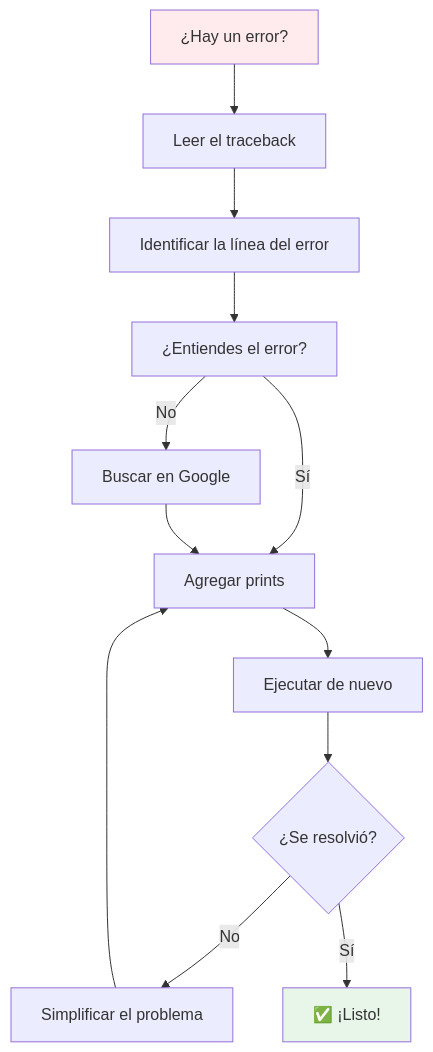
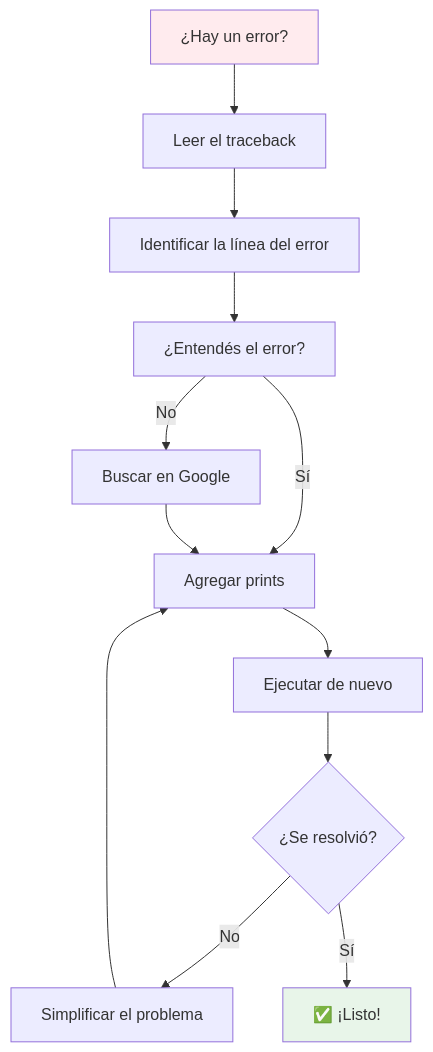
Before and after one commit to INGCOM-UNRN/apunte-ingreso: the second of 2 diagrams in B_excepciones.md, drawn with Mermaid. The commit also changed other lines of this file, not shown here.

````diff
--- a/B_excepciones.md
+++ b/B_excepciones.md
@@ -1060,17 +988,17 @@
 ```{mermaid}
 graph TD
     A[¿Hay un error?] --> B[Leer el traceback]
     B --> C[Identificar la línea del error]
-    C --> D[¿Entiendes el error?]
+    C --> D[¿Entendés el error?]
     D -->|No| E[Buscar en Google]
     D -->|Sí| F[Agregar prints]
     F --> G[Ejecutar de nuevo]
     G --> H{¿Se resolvió?}
     H -->|No| I[Simplificar el problema]
     I --> F
     H -->|Sí| J[✅ ¡Listo!]
     E --> F
     
     style A fill:#ffebee
     style J fill:#e8f5e9
 ```
````
